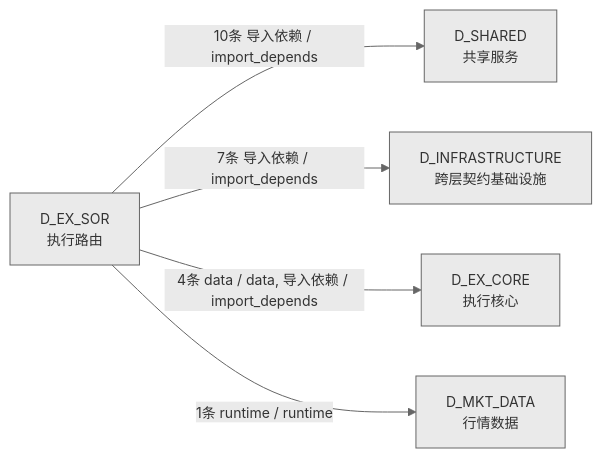
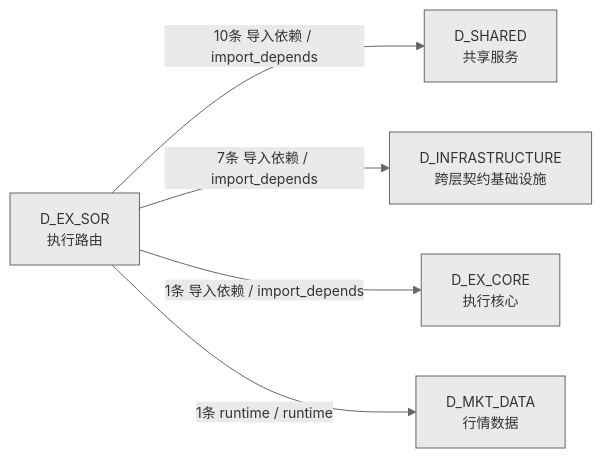
One commit to xuanFelixVan/ZephyrAlpha changed the third of 3 diagrams in docs/02_enterprise_architecture/02_domain_architecture_docs/45_d_ex_sor.md. Above: the diagram before and after it, drawn with Mermaid. The commit also changed other lines of this file and 40 other files, not shown here.

````diff
--- a/docs/02_enterprise_architecture/02_domain_architecture_docs/45_d_ex_sor.md
+++ b/docs/02_enterprise_architecture/02_domain_architecture_docs/45_d_ex_sor.md
@@ -239,13 +218,13 @@
 ```mermaid
 %%{init: {'theme': 'base', 'themeVariables': {'primaryColor': '#eaeaea', 'primaryTextColor': '#333333', 'primaryBorderColor': '#666666', 'lineColor': '#666666', 'secondaryColor': '#eaeaea', 'tertiaryColor': '#eaeaea', 'fontSize': '14px'}}}%%
 graph LR
     D_EX_SOR["D_EX_SOR<br/>执行路由"]
     D_SHARED["D_SHARED<br/>共享服务"]
     D_INFRASTRUCTURE["D_INFRASTRUCTURE<br/>跨层契约基础设施"]
     D_EX_CORE["D_EX_CORE<br/>执行核心"]
     D_MKT_DATA["D_MKT_DATA<br/>行情数据"]
     D_EX_SOR -->|10条 导入依赖 / import_depends| D_SHARED
     D_EX_SOR -->|7条 导入依赖 / import_depends| D_INFRASTRUCTURE
-    D_EX_SOR -->|4条 data / data, 导入依赖 / import_depends| D_EX_CORE
+    D_EX_SOR -->|1条 导入依赖 / import_depends| D_EX_CORE
     D_EX_SOR -->|1条 runtime / runtime| D_MKT_DATA
 ```
````
